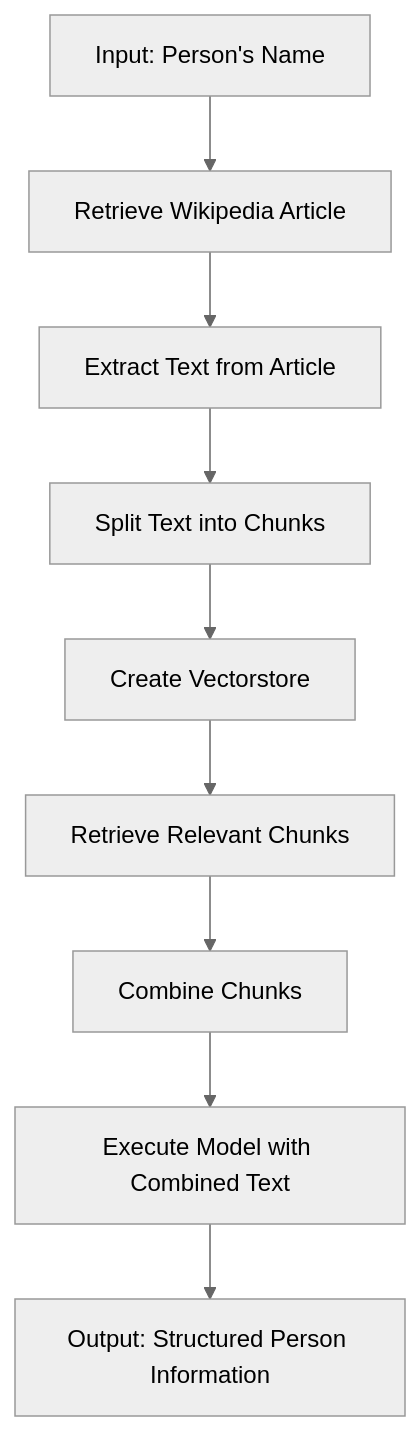
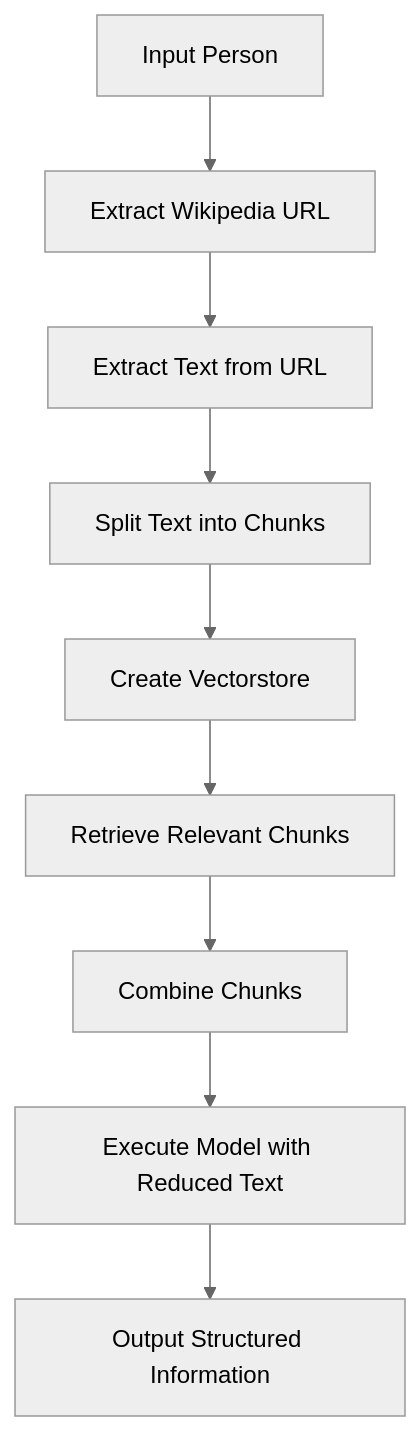
The diagram in person_information_extractor/README.md (Patotricks15/Generative-AI-projects), drawn with Mermaid (neutral theme) before and after one commit. The commit also changed other lines of this file and 22 other files, not shown here.

````diff
--- a/person_information_extractor/README.md
+++ b/person_information_extractor/README.md
@@ -11,11 +11,11 @@
 ```mermaid
 flowchart TD
-A[Input: Person's Name] --> B[Retrieve Wikipedia Article]
-B --> C[Extract Text from Article]
+A[Input Person] --> B[Extract Wikipedia URL]
+B --> C[Extract Text from URL]
 C --> D[Split Text into Chunks]
 D --> E[Create Vectorstore]
 E --> F[Retrieve Relevant Chunks]
 F --> G[Combine Chunks]
-G --> H[Execute Model with Combined Text]
-H --> I[Output: Structured Person Information]
+G --> H[Execute Model with Reduced Text]
+H --> I[Output Structured Information]
 ```
````
